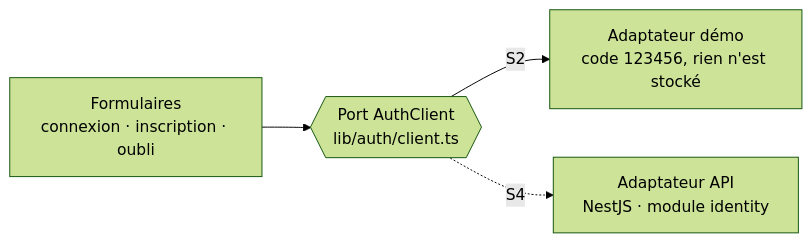
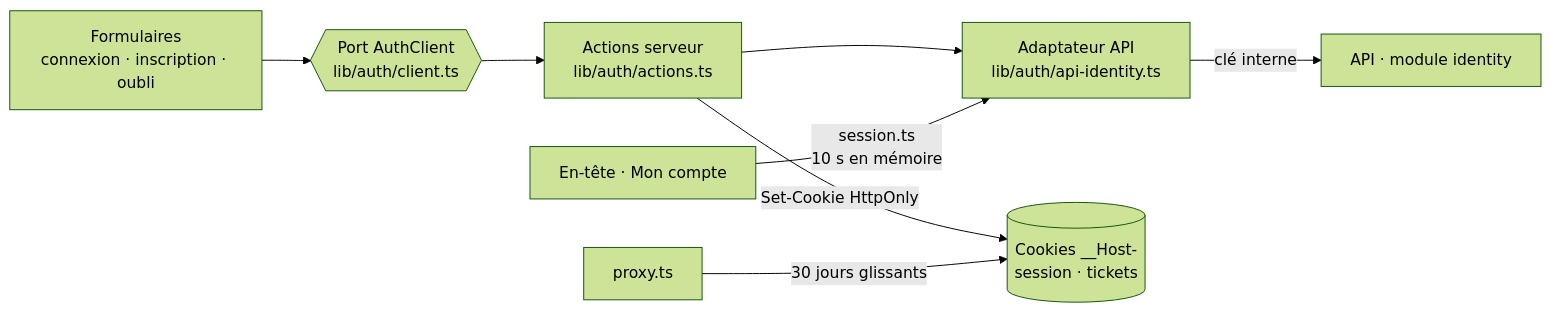
One commit to levy-kombila/kemdia changed the ninth of 14 diagrams in docs/architecture/cahier-architecture.md. Above: the diagram before and after it, drawn with Mermaid (forest theme). The commit also changed other lines of this file and 41 other files, not shown here.

````diff
--- a/docs/architecture/cahier-architecture.md
+++ b/docs/architecture/cahier-architecture.md
@@ -571,6 +573,10 @@
 ```mermaid
 flowchart LR
     form[Formulaires<br/>connexion · inscription · oubli] --> port{{Port AuthClient<br/>lib/auth/client.ts}}
-    port -->|S2| demo[Adaptateur démo<br/>code 123456, rien n'est stocké]
-    port -.->|S4| api[Adaptateur API<br/>NestJS · module identity]
+    port --> actions[Actions serveur<br/>lib/auth/actions.ts]
+    actions --> api[Adaptateur API<br/>lib/auth/api-identity.ts]
+    api -->|clé interne| identity[API · module identity]
+    actions -->|Set-Cookie HttpOnly| cookie[(Cookies __Host-<br/>session · tickets)]
+    header[En-tête · Mon compte] -->|session.ts<br/>10 s en mémoire| api
+    proxy[proxy.ts] -->|30 jours glissants| cookie
 ```
````
